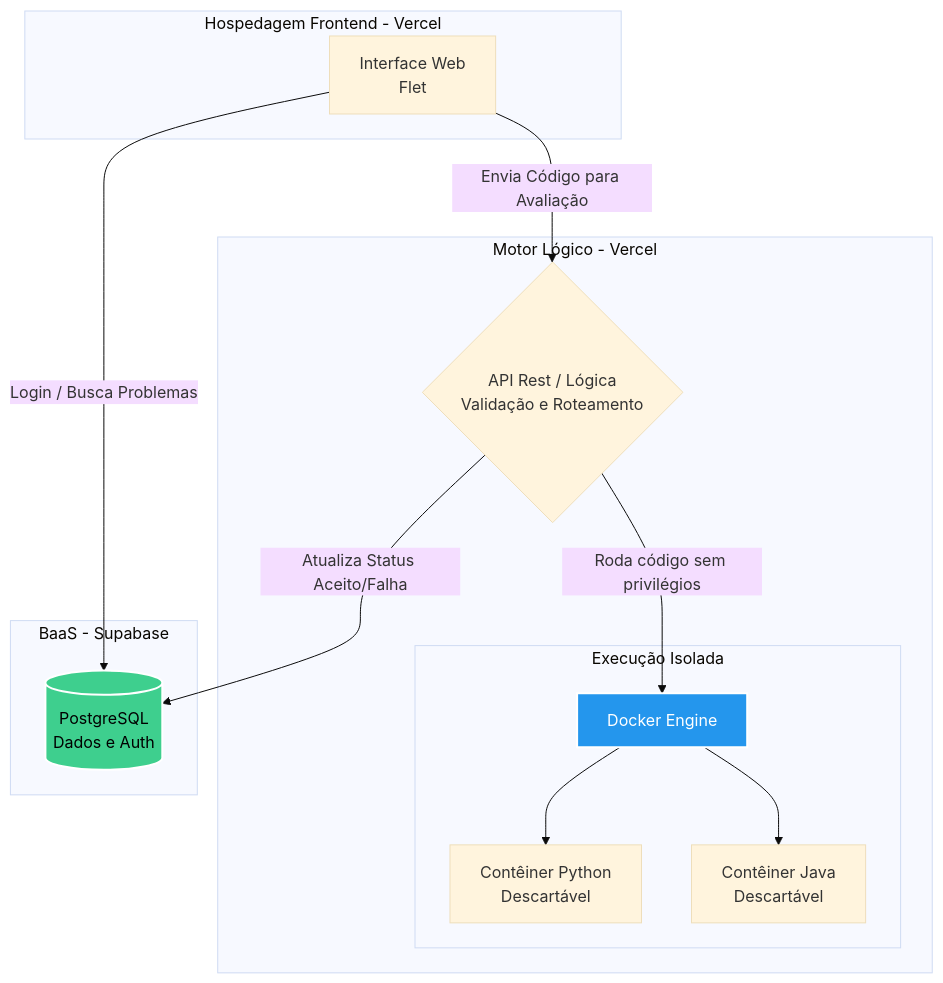
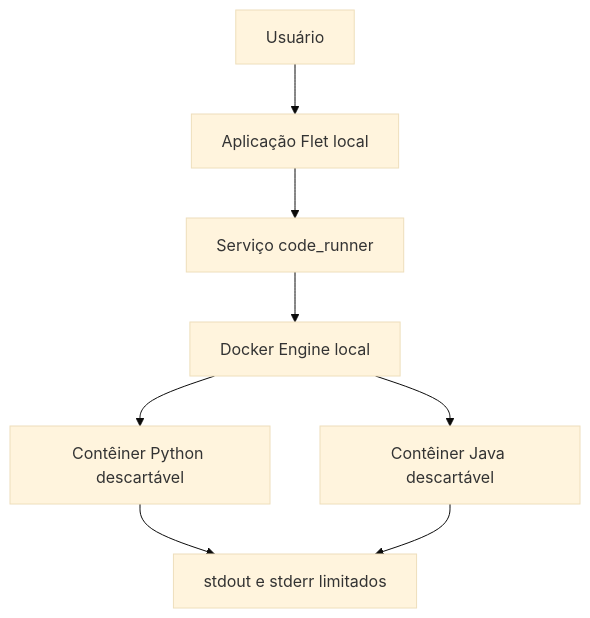
The diagram in README.md (alveslim/CodeRank), drawn with Mermaid (base theme) before and after one commit. The commit also changed other lines of this file, not shown here.

Commit message:
docs(readme): document current prototype architecture and setup

````diff
--- a/README.md
+++ b/README.md
@@ -62,30 +30,10 @@
 ```mermaid
-graph TD
-    subgraph Frontend [Hospedagem Frontend - Vercel]
-        F[Interface Web<br>Flet]
-    end
-
-    subgraph Backend [Motor Lógico - Vercel]
-        A{API Rest / Lógica<br>Validação e Roteamento}
-        
-        subgraph Sandbox [Execução Isolada]
-            D[Docker Engine]
-            P[Contêiner Python<br>Descartável]
-            J[Contêiner Java<br>Descartável]
-            D --> P
-            D --> J
-        end
-    end
-
-    subgraph Database [BaaS - Supabase]
-        DB[(PostgreSQL<br>Dados e Auth)]
-    end
-
-    F -->|Login / Busca Problemas| DB
-    F -->|Envia Código para Avaliação| A
-    A -->|Roda código sem privilégios| D
-    A -->|Atualiza Status Aceito/Falha| DB
-    
-    style D fill:#2496ED,stroke:#fff,stroke-width:2px,color:#fff
-    style DB fill:#3ECF8E,stroke:#fff,stroke-width:2px,color:#000
+flowchart TD
+    U[Usuário] --> F[Aplicação Flet local]
+    F --> R[Serviço code_runner]
+    R --> D[Docker Engine local]
+    D --> P[Contêiner Python descartável]
+    D --> J[Contêiner Java descartável]
+    P --> O[stdout e stderr limitados]
+    J --> O
 ```
````
